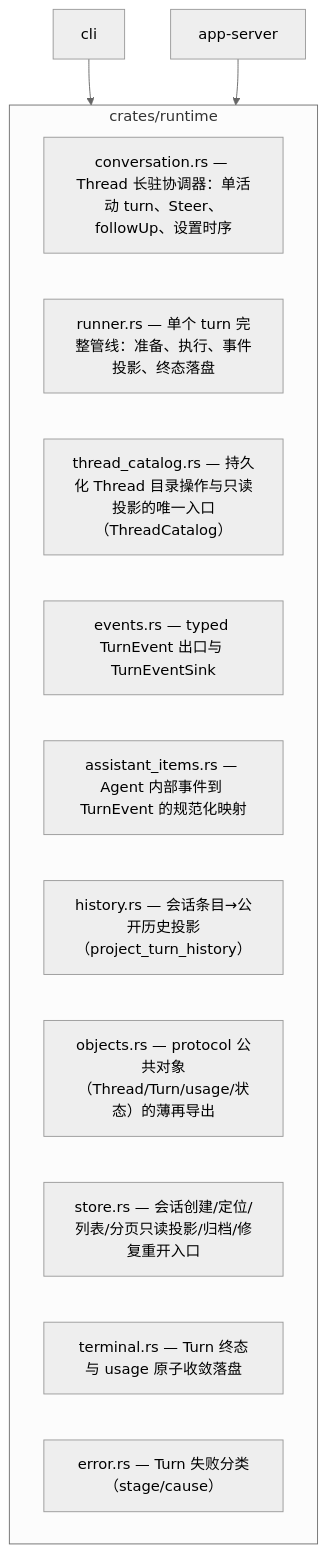
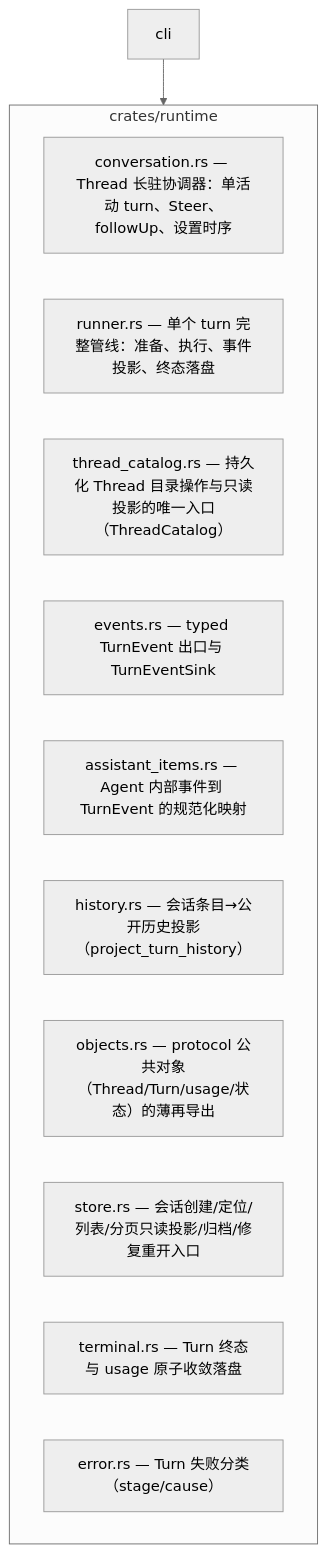
One commit to qjcnmd/singularity-agent changed the seventh of 9 diagrams in docs/repository-map.md. Above: the diagram before and after it, drawn with Mermaid (neutral theme). The commit also changed other lines of this file and 100 other files, not shown here.

````diff
--- a/docs/repository-map.md
+++ b/docs/repository-map.md
@@ -178,17 +171,16 @@
 ```mermaid
 flowchart TD
     subgraph runtime["crates/runtime"]
         conversation["conversation.rs — Thread 长驻协调器：单活动 turn、Steer、followUp、设置时序"]
         runner["runner.rs — 单个 turn 完整管线：准备、执行、事件投影、终态落盘"]
         thread_catalog["thread_catalog.rs — 持久化 Thread 目录操作与只读投影的唯一入口（ThreadCatalog）"]
         events["events.rs — typed TurnEvent 出口与 TurnEventSink"]
         assistant_items["assistant_items.rs — Agent 内部事件到 TurnEvent 的规范化映射"]
         history["history.rs — 会话条目→公开历史投影（project_turn_history）"]
         objects["objects.rs — protocol 公共对象（Thread/Turn/usage/状态）的薄再导出"]
         store["store.rs — 会话创建/定位/列表/分页只读投影/归档/修复重开入口"]
         terminal["terminal.rs — Turn 终态与 usage 原子收敛落盘"]
         error["error.rs — Turn 失败分类（stage/cause）"]
     end
     cli["cli"] --> runtime
-    appserver["app-server"] --> runtime
 ```
````
